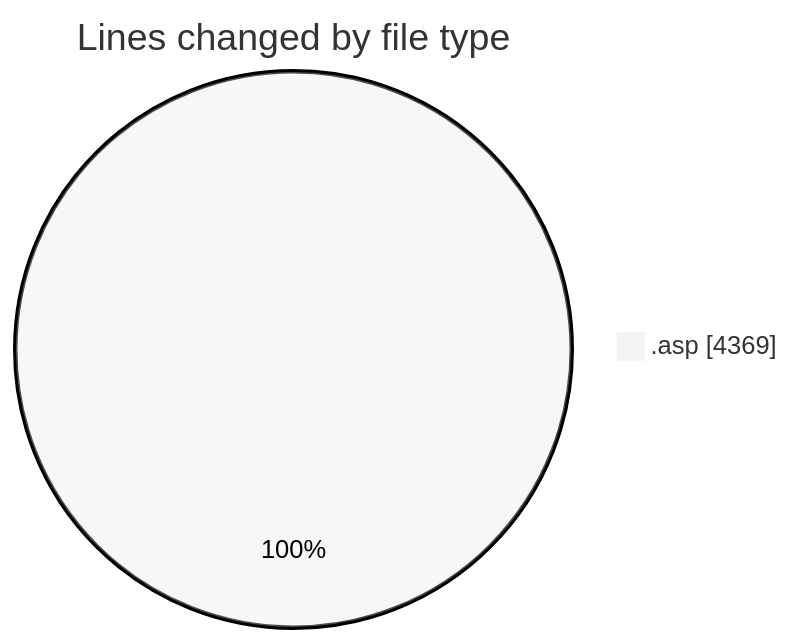
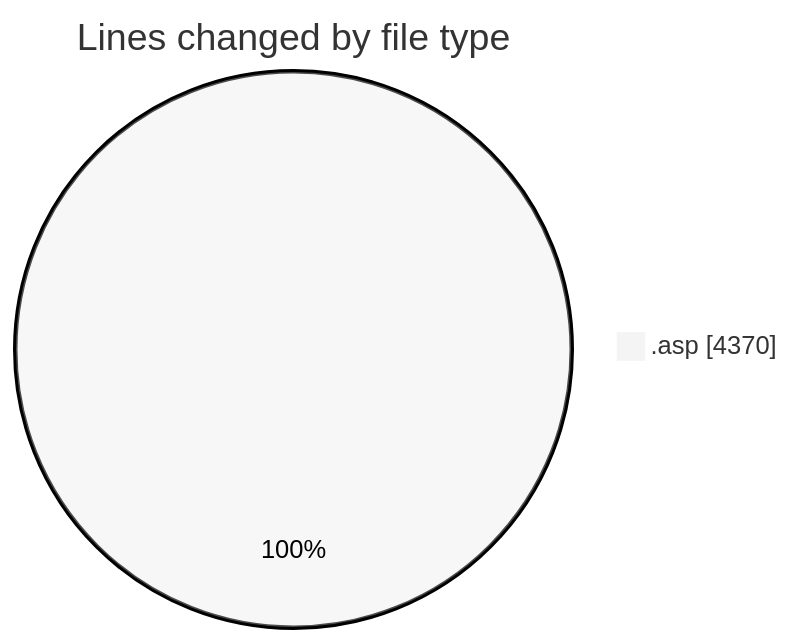
One commit to julien-gomy/code-tracking changed the first of 2 diagrams in 2025-11-18/cdp_aleoudev_fr__workspace_/README.md. Above: the diagram before and after it, drawn with Mermaid (neutral theme). The commit also changed other lines of this file and 1 other file, not shown here.

````diff
--- a/2025-11-18/cdp_aleoudev_fr__workspace_/README.md
+++ b/2025-11-18/cdp_aleoudev_fr__workspace_/README.md
@@ -26,5 +26,5 @@
 ```mermaid
 pie showData
 title Lines changed by file type
-".asp" : 4369
+".asp" : 4370
 ```
````
